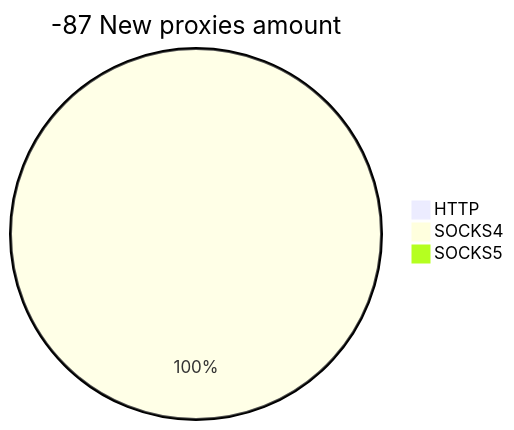
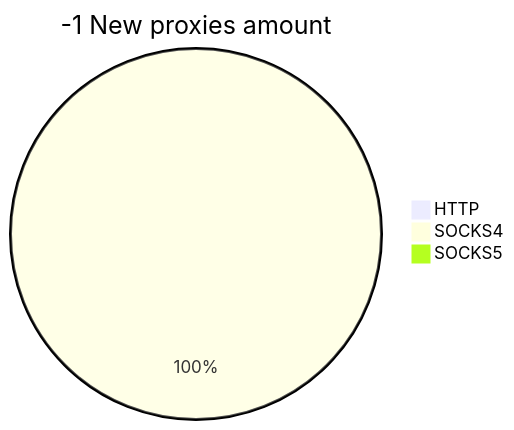
The second of 2 diagrams in README.md (cutipu/proxylist), drawn with Mermaid before and after one commit. The commit also changed other lines of this file, not shown here.

````diff
--- a/README.md
+++ b/README.md
@@ -10,6 +10,6 @@
 ```mermaid
-pie title -87 New proxies amount
+pie title -1 New proxies amount
     "HTTP" : 0
-    "SOCKS4" : 168
+    "SOCKS4" : 1
     "SOCKS5" : 0
 ```
````
